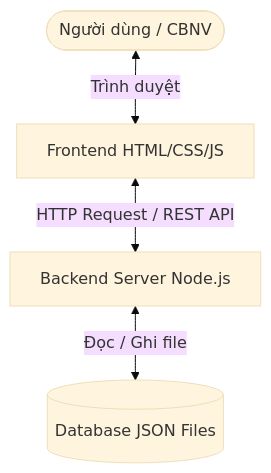
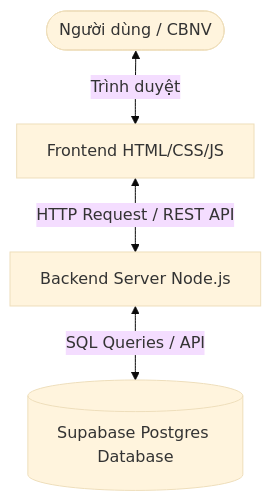
One commit to TienDiepVu/vti-pick-seat changed the first of 4 diagrams in document/basic_design.md. Above: the diagram before and after it, drawn with Mermaid (base theme). The commit also changed other lines of this file and 9 other files, not shown here.

Commit message:
feat: integrate Supabase for backend data storage and provide migration scripts for existing JSON datasets

````diff
--- a/document/basic_design.md
+++ b/document/basic_design.md
@@ -11,6 +11,6 @@
 ```mermaid
 graph TD
     User([Người dùng / CBNV]) <-->|Trình duyệt| Frontend[Frontend HTML/CSS/JS]
     Frontend <-->|HTTP Request / REST API| Backend[Backend Server Node.js]
-    Backend <-->|Đọc / Ghi file| Database[(Database JSON Files)]
+    Backend <-->|SQL Queries / API| Database[(Supabase Postgres Database)]
 ```
````
